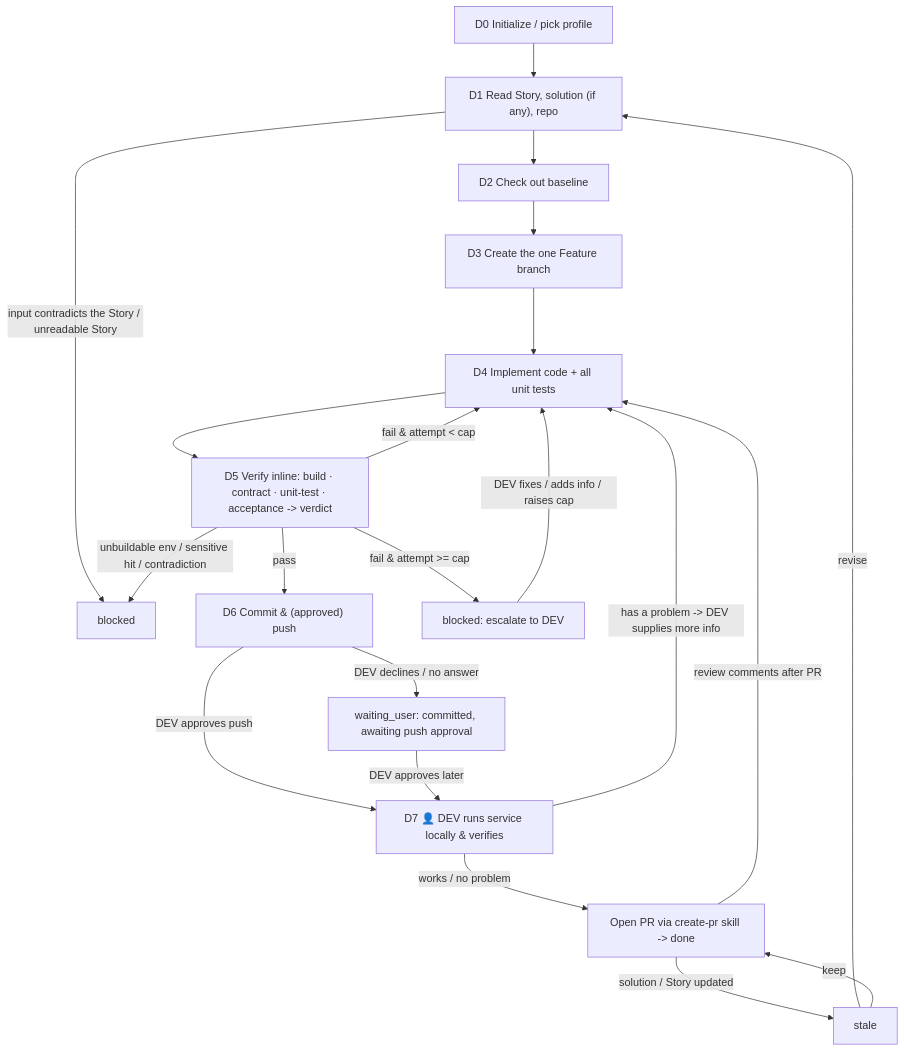
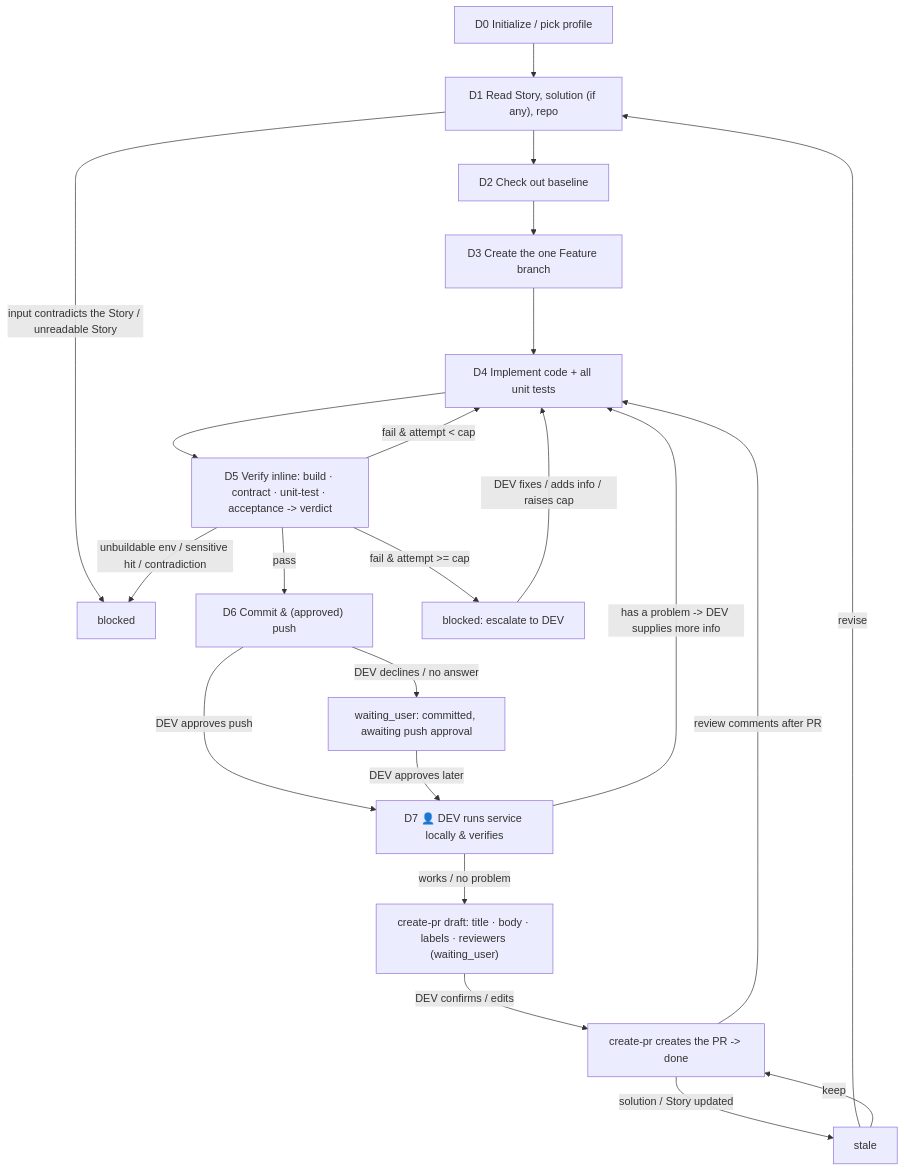
The diagram in .cursor/agents/dev-agent.md (mjz-kevin/marriott), drawn with Mermaid before and after one commit. The commit also changed other lines of this file and 10 other files, not shown here.

````diff
--- a/.cursor/agents/dev-agent.md
+++ b/.cursor/agents/dev-agent.md
@@ -245,23 +245,24 @@
 ```mermaid
 flowchart TD
     D0["D0 Initialize / pick profile"] --> D1["D1 Read Story, solution (if any), repo"]
     D1 -->|"input contradicts the Story / unreadable Story"| B["blocked"]
     D1 --> D2["D2 Check out baseline"]
     D2 --> D3["D3 Create the one Feature branch"]
     D3 --> D4["D4 Implement code + all unit tests"]
     D4 --> D5["D5 Verify inline: build · contract · unit-test · acceptance -> verdict"]
     D5 -->|"pass"| D6["D6 Commit & (approved) push"]
     D5 -->|"fail & attempt < cap"| D4
     D5 -->|"fail & attempt >= cap"| ESC["blocked: escalate to DEV"]
     D5 -->|"unbuildable env / sensitive hit / contradiction"| B
     ESC -->|"DEV fixes / adds info / raises cap"| D4
     D6 -->|"DEV approves push"| D7["D7 👤 DEV runs service locally & verifies"]
     D6 -->|"DEV declines / no answer"| WP["waiting_user: committed, awaiting push approval"]
     WP -->|"DEV approves later"| D7
-    D7 -->|"works / no problem"| PR["Open PR via create-pr skill -> done"]
+    D7 -->|"works / no problem"| PC["create-pr draft: title · body · labels · reviewers (waiting_user)"]
+    PC -->|"DEV confirms / edits"| PR["create-pr creates the PR -> done"]
     D7 -->|"has a problem -> DEV supplies more info"| D4
     PR -->|"review comments after PR"| D4
     PR -->|"solution / Story updated"| ST["stale"]
     ST -->|"revise"| D1
     ST -->|"keep"| PR
 ```
````
